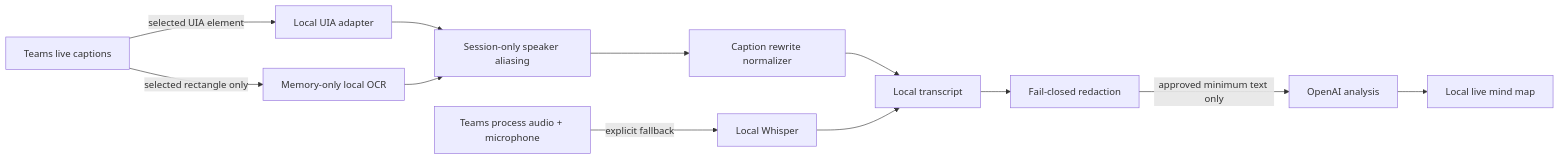
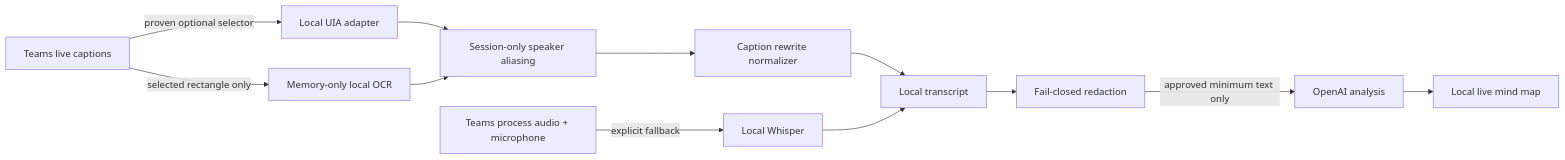
One commit to undo-not/tech-discussion-map changed the diagram in docs/adr/0007-teams-live-captions-first.md. Above: the diagram before and after it, drawn with Mermaid. The commit also changed other lines of this file and 3 other files, not shown here.

````diff
--- a/docs/adr/0007-teams-live-captions-first.md
+++ b/docs/adr/0007-teams-live-captions-first.md
@@ -42,14 +46,14 @@
 ```mermaid
 flowchart LR
-    C[Teams live captions] -->|selected UIA element| U[Local UIA adapter]
-    C -->|selected rectangle only| O[Memory-only local OCR]
+    C[Teams live captions] -->|selected rectangle only| O[Memory-only local OCR]
+    C -->|proven optional selector| U[Local UIA adapter]
     U --> P[Session-only speaker aliasing]
     O --> P
     P --> N[Caption rewrite normalizer]
     N --> T[Local transcript]
     A[Teams process audio + microphone] -->|explicit fallback| W[Local Whisper]
     W --> T
     T --> R[Fail-closed redaction]
     R -->|approved minimum text only| L[OpenAI analysis]
     L --> M[Local live mind map]
 ```
````
